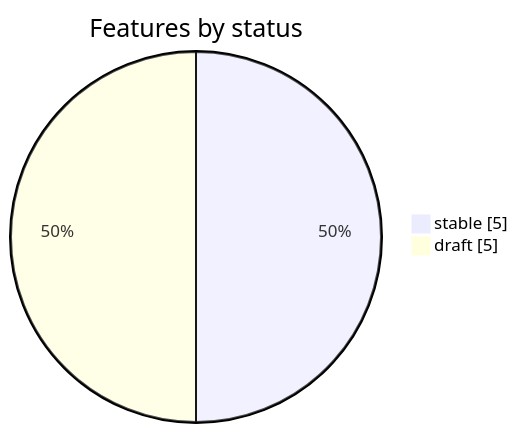
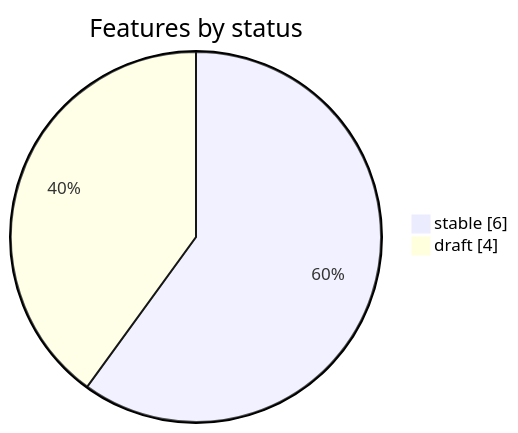
One commit to korczis/OpenTTD changed the ninth of 12 diagrams in README.md. Above: the diagram before and after it, drawn with Mermaid. The commit also changed other lines of this file and 16 other files, not shown here.

````diff
--- a/README.md
+++ b/README.md
@@ -1343,6 +1343,6 @@
 ```mermaid
 pie showData title Features by status
     %% links: README.md?col=Status&filter=stable#042-published-surfaces | README.md?col=Status&filter=draft#042-published-surfaces
-    "stable" : 5
-    "draft" : 5
+    "stable" : 6
+    "draft" : 4
 ```
````
